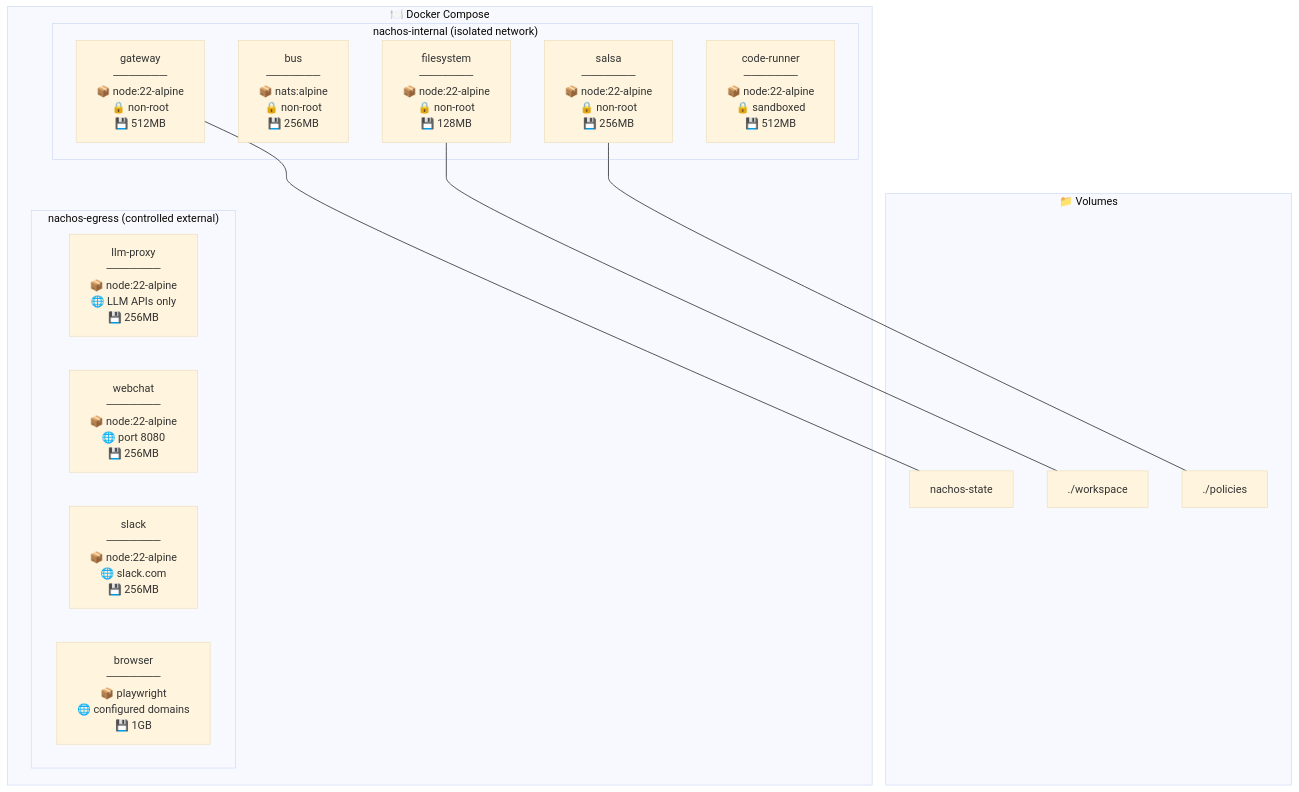
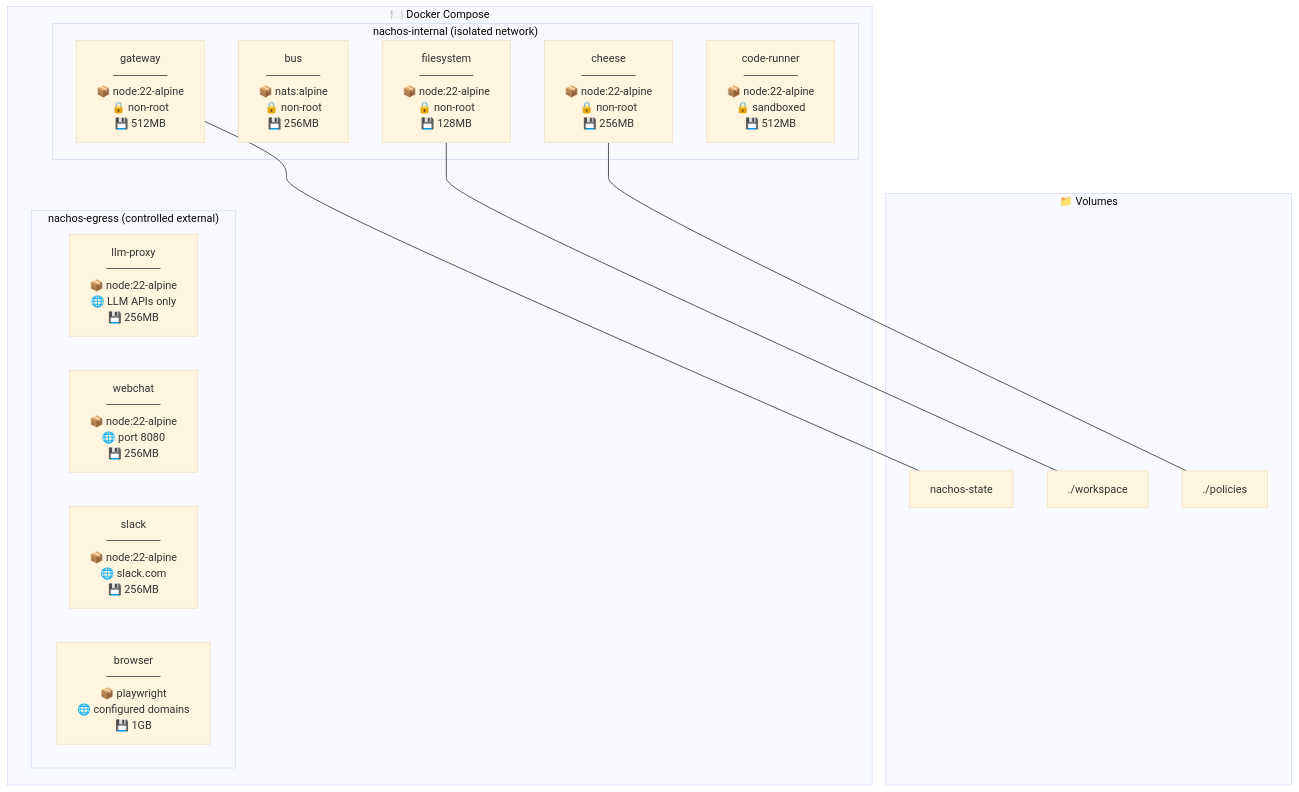
Before and after one commit to Nacho-Labs-LLC/nachos: the third of 10 diagrams in diagrams/architecture-diagrams.md, drawn with Mermaid. The commit also changed other lines of this file and 87 other files, not shown here.

````diff
--- a/diagrams/architecture-diagrams.md
+++ b/diagrams/architecture-diagrams.md
@@ -117,33 +117,33 @@
 ```mermaid
 %%{init: {'theme': 'base'}}%%
 
 flowchart TB
     subgraph compose["🍽️ Docker Compose"]
         subgraph internal["nachos-internal (isolated network)"]
             gateway["gateway<br/>───────<br/>📦 node:22-alpine<br/>🔒 non-root<br/>💾 512MB"]
             bus["bus<br/>───────<br/>📦 nats:alpine<br/>🔒 non-root<br/>💾 256MB"]
-            salsa["salsa<br/>───────<br/>📦 node:22-alpine<br/>🔒 non-root<br/>💾 256MB"]
+            cheese["cheese<br/>───────<br/>📦 node:22-alpine<br/>🔒 non-root<br/>💾 256MB"]
             filesystem["filesystem<br/>───────<br/>📦 node:22-alpine<br/>🔒 non-root<br/>💾 128MB"]
             coderunner["code-runner<br/>───────<br/>📦 node:22-alpine<br/>🔒 sandboxed<br/>💾 512MB"]
         end
 
         subgraph egress["nachos-egress (controlled external)"]
             llmproxy["llm-proxy<br/>───────<br/>📦 node:22-alpine<br/>🌐 LLM APIs only<br/>💾 256MB"]
             webchat["webchat<br/>───────<br/>📦 node:22-alpine<br/>🌐 port 8080<br/>💾 256MB"]
             slack["slack<br/>───────<br/>📦 node:22-alpine<br/>🌐 slack.com<br/>💾 256MB"]
             browser["browser<br/>───────<br/>📦 playwright<br/>🌐 configured domains<br/>💾 1GB"]
         end
     end
 
     subgraph volumes["📁 Volumes"]
         state["nachos-state"]
         workspace["./workspace"]
         policies["./policies"]
     end
 
     gateway --- state
     filesystem --- workspace
-    salsa --- policies
+    cheese --- policies
 
     internal ~~~ egress
 ```
````
